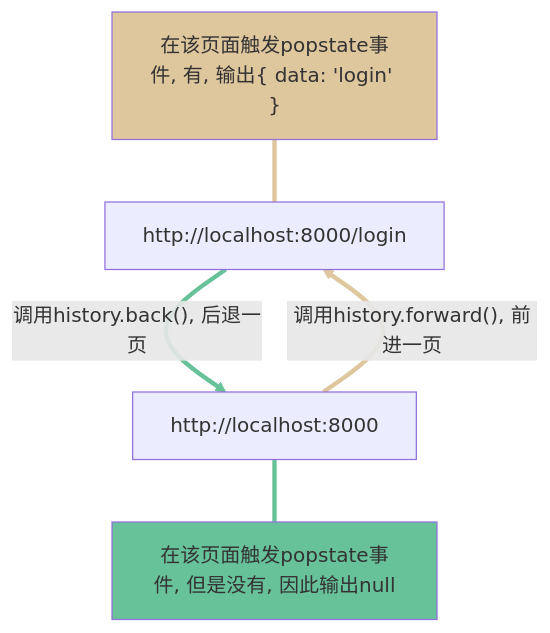
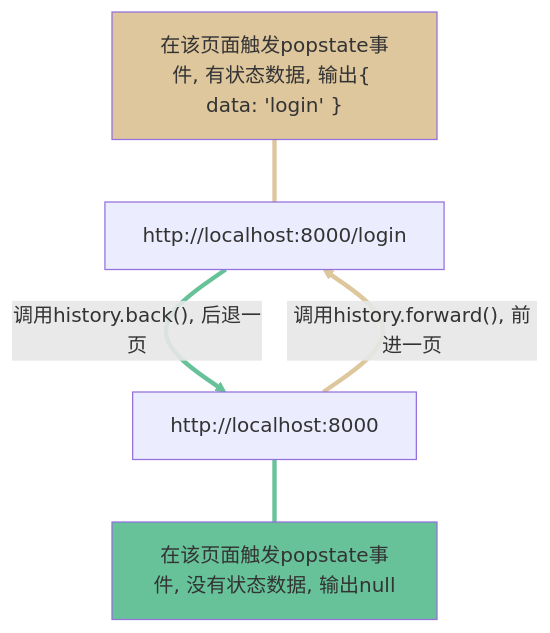
The second of 3 diagrams in JavaScript语言笔记/Notes/JavaScript BOM.md (FrackCheung/study-notes), drawn with Mermaid before and after one commit.

Commit message:
纠错

````diff
--- a/JavaScript语言笔记/Notes/JavaScript BOM.md
+++ b/JavaScript语言笔记/Notes/JavaScript BOM.md
@@ -366,19 +366,19 @@
 ```mermaid
 graph TD
-  D["在该页面触发popstate事件, 有, 输出{ data: 'login' }"]
+  D["在该页面触发popstate事件, 有状态数据, 输出{ data: 'login' }"]
   A["http://localhost:8000/login"]
   B["http://localhost:8000"]
-  C["在该页面触发popstate事件, 但是没有, 因此输出null"]
+  C["在该页面触发popstate事件, 没有状态数据, 输出null"]
 
   A ==>|"调用history.back(), 后退一页"| B
   B ==>|"调用history.forward(), 前进一页"| A
   B === C
   D === A
 
   style C fill:#67C299
   style D fill:#DEC69D
   linkStyle 0 stroke:#67C299
   linkStyle 1 stroke:#DEC69D
   linkStyle 2 stroke:#67C299
   linkStyle 3 stroke:#DEC69D
 ```
````
